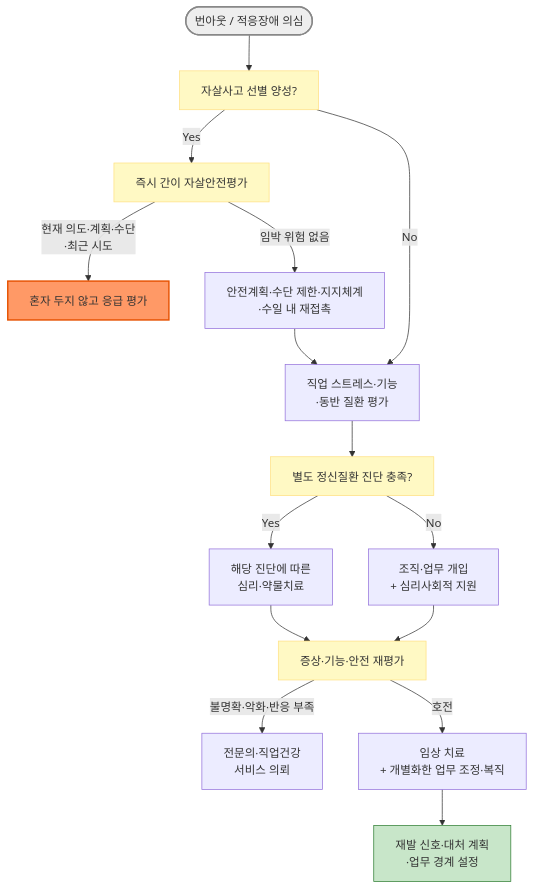
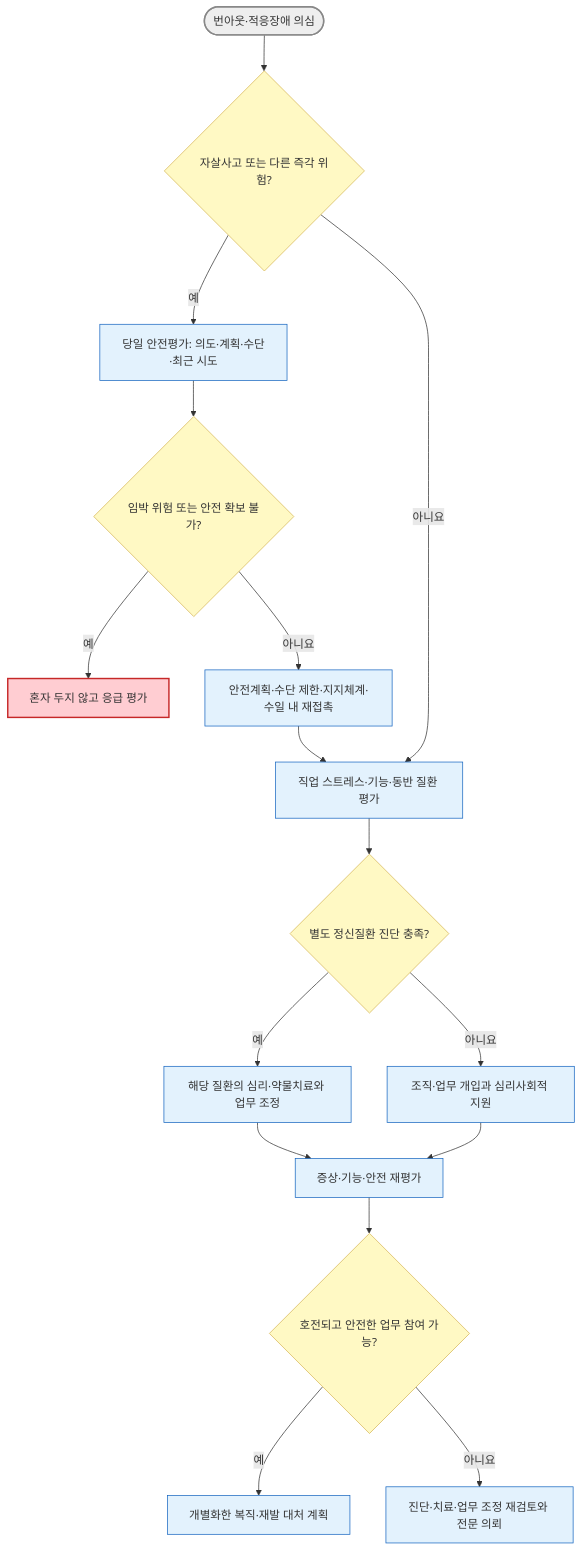
One commit to familyoh77/familyoh77 changed the diagram in 221_/032_1-burnout-stress-disorder.md. Above: the diagram before and after it, drawn with Mermaid. The commit also changed other lines of this file and 9 other files, not shown here.

````diff
--- a/221_/032_1-burnout-stress-disorder.md
+++ b/221_/032_1-burnout-stress-disorder.md
@@ -251,22 +251,26 @@
 ```mermaid
-graph TD
-    A([번아웃 / 적응장애 의심]) --> B["자살사고 선별 양성?"]
-    B -->|Yes| C["즉시 간이 자살안전평가"]
-    C -->|"현재 의도·계획·수단<br/>·최근 시도"| REF["혼자 두지 않고 응급 평가"]
-    C -->|"임박 위험 없음"| SAFE["안전계획·수단 제한·지지체계<br/>·수일 내 재접촉"]
-    B -->|No| D["직업 스트레스·기능<br/>·동반 질환 평가"]
-    SAFE --> D
-    D --> E["별도 정신질환 진단 충족?"]
-    E -->|Yes| F["해당 진단에 따른 <br/>심리·약물치료"]
-    E -->|No| G["조직·업무 개입 <br/>+ 심리사회적 지원"]
-    F --> H["증상·기능·안전 재평가"]
+flowchart TD
+    A(["번아웃·적응장애 의심"]) --> B{"자살사고 또는 다른 즉각 위험?"}
+    B -- "예" --> C["당일 안전평가: 의도·계획·수단·최근 시도"]
+    C --> Q{"임박 위험 또는 안전 확보 불가?"}
+    Q -- "예" --> E["혼자 두지 않고 응급 평가"]
+    Q -- "아니요" --> S["안전계획·수단 제한·지지체계·수일 내 재접촉"]
+    B -- "아니요" --> D["직업 스트레스·기능·동반 질환 평가"]
+    S --> D
+    D --> F{"별도 정신질환 진단 충족?"}
+    F -- "예" --> T["해당 질환의 심리·약물치료와 업무 조정"]
+    F -- "아니요" --> G["조직·업무 개입과 심리사회적 지원"]
+    T --> H["증상·기능·안전 재평가"]
     G --> H
-    H -->|"불명확·악화·반응 부족"| CON["전문의·직업건강 <br/>서비스 의뢰"]
-    H -->|호전| RTW["임상 치료 <br/>+ 개별화한 업무 조정·복직"]
-    RTW --> PREV["재발 신호·대처 계획<br/>·업무 경계 설정"]
-    style A fill:#eeeeee,stroke:#888888,stroke-width:2px
-    classDef yellow fill:#fff9c4,stroke:#ffe082
-    class B,C,E,H yellow
-    style REF fill:#f96,stroke:#e65100,stroke-width:2px
-    style PREV fill:#c8e6c9,stroke:#2e7d32,stroke-width:1px
+    H --> R{"호전되고 안전한 업무 참여 가능?"}
+    R -- "예" --> W["개별화한 복직·재발 대처 계획"]
+    R -- "아니요" --> I["진단·치료·업무 조정 재검토와 전문 의뢰"]
+    classDef start fill:#eee,stroke:#888,stroke-width:2px
+    classDef decision fill:#fff9c4,stroke:#d6b656
+    classDef emergency fill:#ffcdd2,stroke:#c62828,stroke-width:2px
+    classDef treatment fill:#e3f2fd,stroke:#1565c0
+    class A start
+    class B,Q,F,R decision
+    class E emergency
+    class C,S,D,T,G,H,W,I treatment
 ```
````
